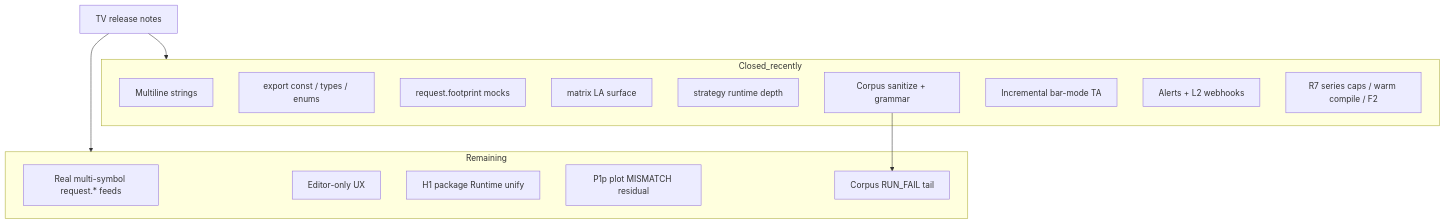
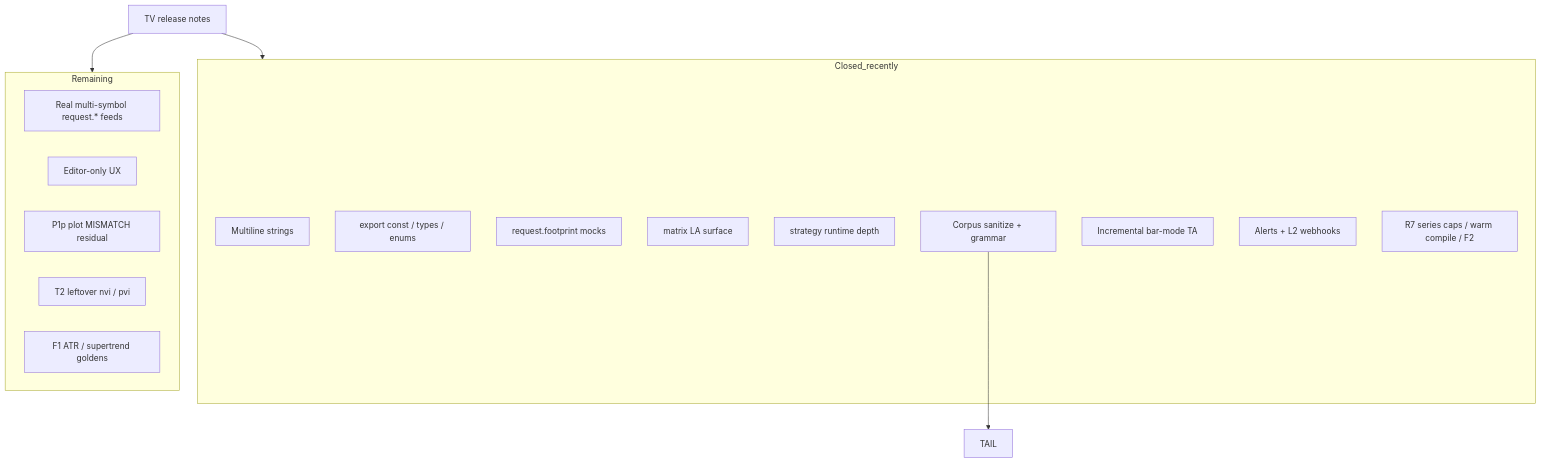
One commit to hoox-sh/pyne changed the diagram in docs/pyne/reference/missing-features.mdx. Above: the diagram before and after it, drawn with Mermaid. The commit also changed other lines of this file and 101 other files, not shown here.

````diff
--- a/docs/pyne/reference/missing-features.mdx
+++ b/docs/pyne/reference/missing-features.mdx
@@ -35,24 +35,24 @@
 ```mermaid
 flowchart TB
   subgraph Closed_recently
     ML[Multiline strings]
     EX[export const / types / enums]
     FP[request.footprint mocks]
     MAT[matrix LA surface]
     STR[strategy runtime depth]
     CORP[Corpus sanitize + grammar]
     PERF[Incremental bar-mode TA]
     ALERT[Alerts + L2 webhooks]
     R7[R7 series caps / warm compile / F2]
   end
   subgraph Remaining
     RD[Real multi-symbol request.* feeds]
     ED[Editor-only UX]
-    H1[H1 package Runtime unify]
     P1p[P1p plot MISMATCH residual]
-    TAIL[Corpus RUN_FAIL tail]
+    T2r[T2 leftover nvi / pvi]
+    F1[F1 ATR / supertrend goldens]
   end
   TV[TV release notes] --> Closed_recently
   TV --> Remaining
   CORP --> TAIL
 ```
````
